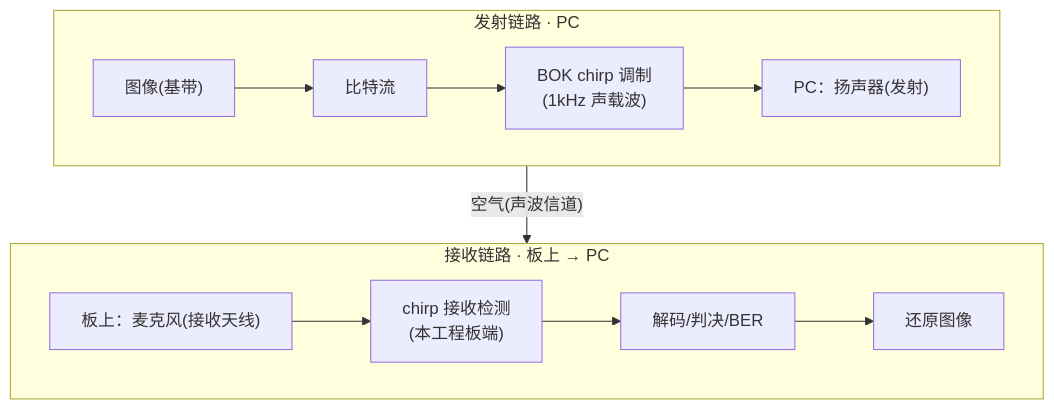
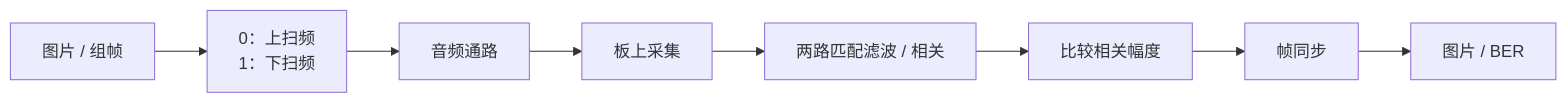
One commit to padhialuo0426/portable-acoustic-sdr changed the diagram in documents/实验三_chirp扩频.md. Above: the diagram before and after it, drawn with Mermaid. The commit also changed other lines of this file and 12 other files, not shown here.

````diff
--- a/documents/实验三_chirp扩频.md
+++ b/documents/实验三_chirp扩频.md
@@ -11,12 +9,8 @@
 ```mermaid
-flowchart TB
-    subgraph TX["发射链路 · PC"]
-        direction LR
-        img["图像(基带)"] --> bits["比特流"] --> mod["BOK chirp 调制<br/>(1kHz 声载波)"] --> spk["PC：扬声器(发射)"]
-    end
-    subgraph RX["接收链路 · 板上 → PC"]
-        direction LR
-        mic["板上：麦克风(接收天线)"] --> det["chirp 接收检测<br/>(本工程板端)"] --> dec["解码/判决/BER"] --> out["还原图像"]
-    end
-    spk -->|"空气(声波信道)"| mic
+flowchart LR
+    img["图片 / 组帧"] --> mod["0：上扫频<br/>1：下扫频"]
+    mod --> channel["音频通路"] --> input["板上采集"]
+    input --> correlator["两路匹配滤波 / 相关"]
+    correlator --> decision["比较相关幅度"]
+    decision --> sync["帧同步"] --> result["图片 / BER"]
 ```
````
